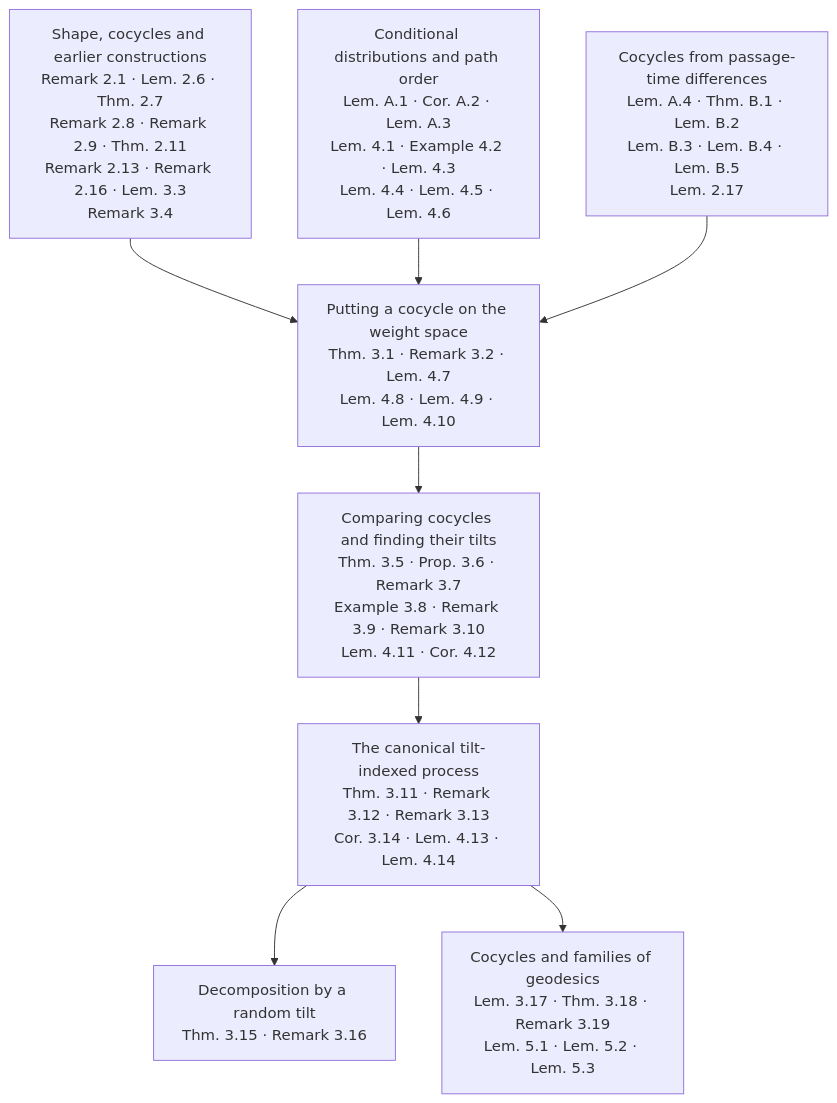
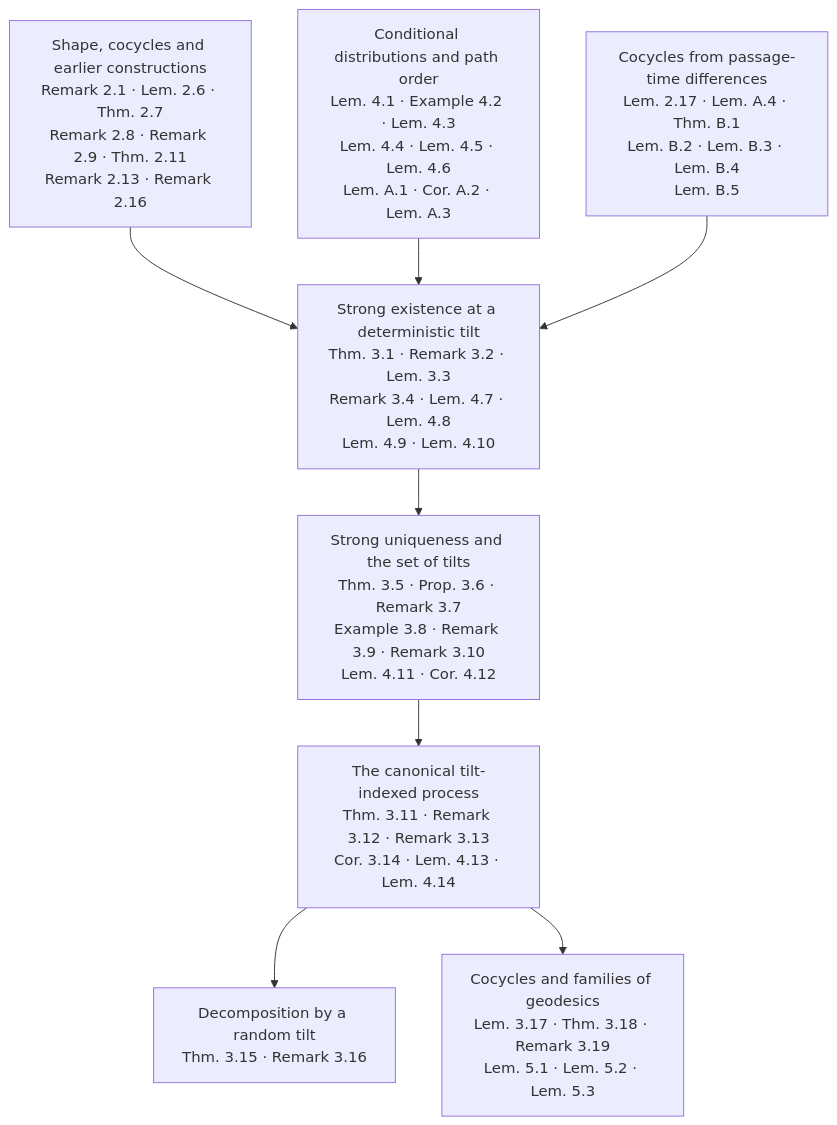
Before and after one commit to cjanjigi/LPP: the first of 2 diagrams in docs/guides/strong-existence.md, drawn with Mermaid. The commit also changed other lines of this file and 3 other files, not shown here.

Commit message:
Align Strong Existence guide with the paper statements

````diff
--- a/docs/guides/strong-existence.md
+++ b/docs/guides/strong-existence.md
@@ -129,18 +93,18 @@
 ```mermaid
 flowchart TD
-  C0["Shape, cocycles and earlier constructions<br/>Remark 2.1 · Lem. 2.6 · Thm. 2.7<br/>Remark 2.8 · Remark 2.9 · Thm. 2.11<br/>Remark 2.13 · Remark 2.16 · Lem. 3.3<br/>Remark 3.4"]
-  C1["Conditional distributions and path order<br/>Lem. A.1 · Cor. A.2 · Lem. A.3<br/>Lem. 4.1 · Example 4.2 · Lem. 4.3<br/>Lem. 4.4 · Lem. 4.5 · Lem. 4.6"]
-  C2["Cocycles from passage-time differences<br/>Lem. A.4 · Thm. B.1 · Lem. B.2<br/>Lem. B.3 · Lem. B.4 · Lem. B.5<br/>Lem. 2.17"]
-  C3["Putting a cocycle on the weight space<br/>Thm. 3.1 · Remark 3.2 · Lem. 4.7<br/>Lem. 4.8 · Lem. 4.9 · Lem. 4.10"]
-  C4["Comparing cocycles and finding their tilts<br/>Thm. 3.5 · Prop. 3.6 · Remark 3.7<br/>Example 3.8 · Remark 3.9 · Remark 3.10<br/>Lem. 4.11 · Cor. 4.12"]
-  C5["The canonical tilt-indexed process<br/>Thm. 3.11 · Remark 3.12 · Remark 3.13<br/>Cor. 3.14 · Lem. 4.13 · Lem. 4.14"]
-  C6["Decomposition by a random tilt<br/>Thm. 3.15 · Remark 3.16"]
-  C7["Cocycles and families of geodesics<br/>Lem. 3.17 · Thm. 3.18 · Remark 3.19<br/>Lem. 5.1 · Lem. 5.2 · Lem. 5.3"]
-  C0 --> C3
-  C1 --> C3
+  C0["Shape, cocycles and earlier constructions<br/>Remark 2.1 · Lem. 2.6 · Thm. 2.7<br/>Remark 2.8 · Remark 2.9 · Thm. 2.11<br/>Remark 2.13 · Remark 2.16"]
+  C1["Strong existence at a deterministic tilt<br/>Thm. 3.1 · Remark 3.2 · Lem. 3.3<br/>Remark 3.4 · Lem. 4.7 · Lem. 4.8<br/>Lem. 4.9 · Lem. 4.10"]
+  C2["Strong uniqueness and the set of tilts<br/>Thm. 3.5 · Prop. 3.6 · Remark 3.7<br/>Example 3.8 · Remark 3.9 · Remark 3.10<br/>Lem. 4.11 · Cor. 4.12"]
+  C3["The canonical tilt-indexed process<br/>Thm. 3.11 · Remark 3.12 · Remark 3.13<br/>Cor. 3.14 · Lem. 4.13 · Lem. 4.14"]
+  C4["Decomposition by a random tilt<br/>Thm. 3.15 · Remark 3.16"]
+  C5["Cocycles and families of geodesics<br/>Lem. 3.17 · Thm. 3.18 · Remark 3.19<br/>Lem. 5.1 · Lem. 5.2 · Lem. 5.3"]
+  C6["Conditional distributions and path order<br/>Lem. 4.1 · Example 4.2 · Lem. 4.3<br/>Lem. 4.4 · Lem. 4.5 · Lem. 4.6<br/>Lem. A.1 · Cor. A.2 · Lem. A.3"]
+  C7["Cocycles from passage-time differences<br/>Lem. 2.17 · Lem. A.4 · Thm. B.1<br/>Lem. B.2 · Lem. B.3 · Lem. B.4<br/>Lem. B.5"]
+  C0 --> C1
+  C6 --> C1
+  C7 --> C1
+  C1 --> C2
   C2 --> C3
   C3 --> C4
-  C4 --> C5
-  C5 --> C6
-  C5 --> C7
+  C3 --> C5
 ```
````
